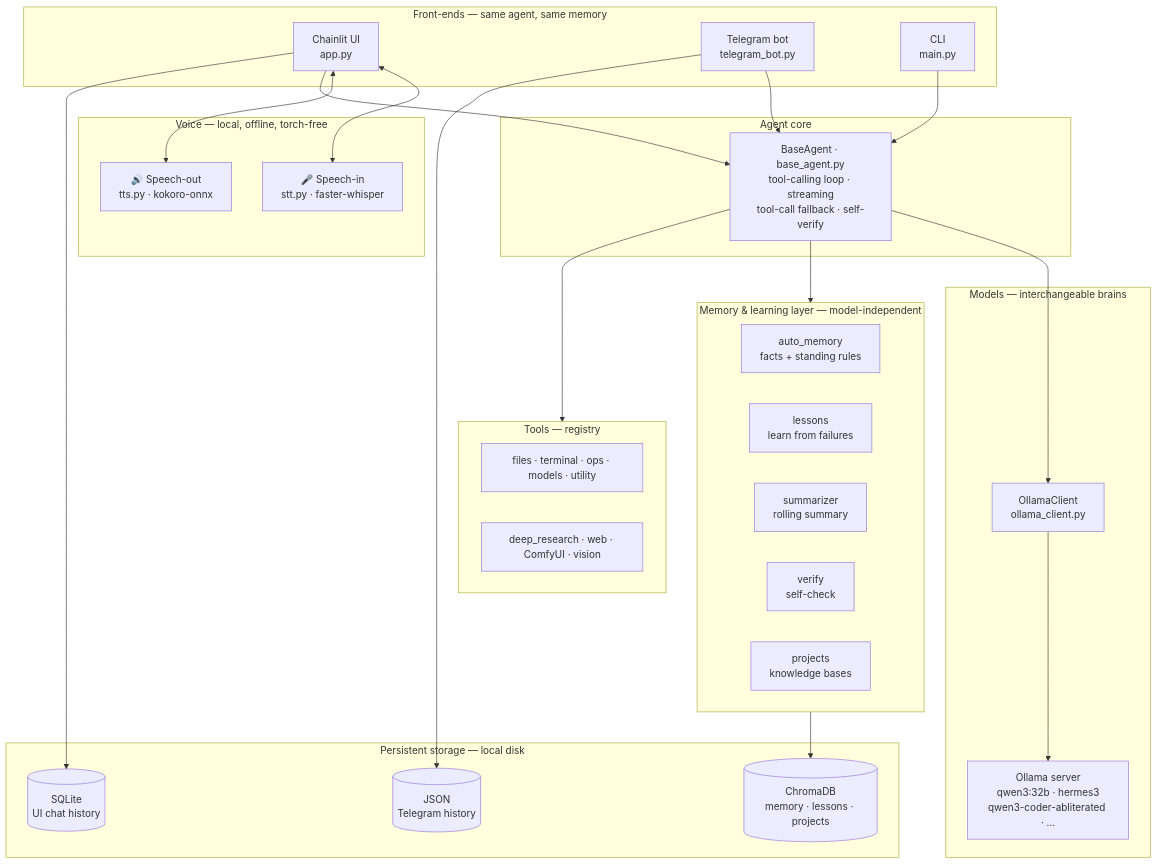
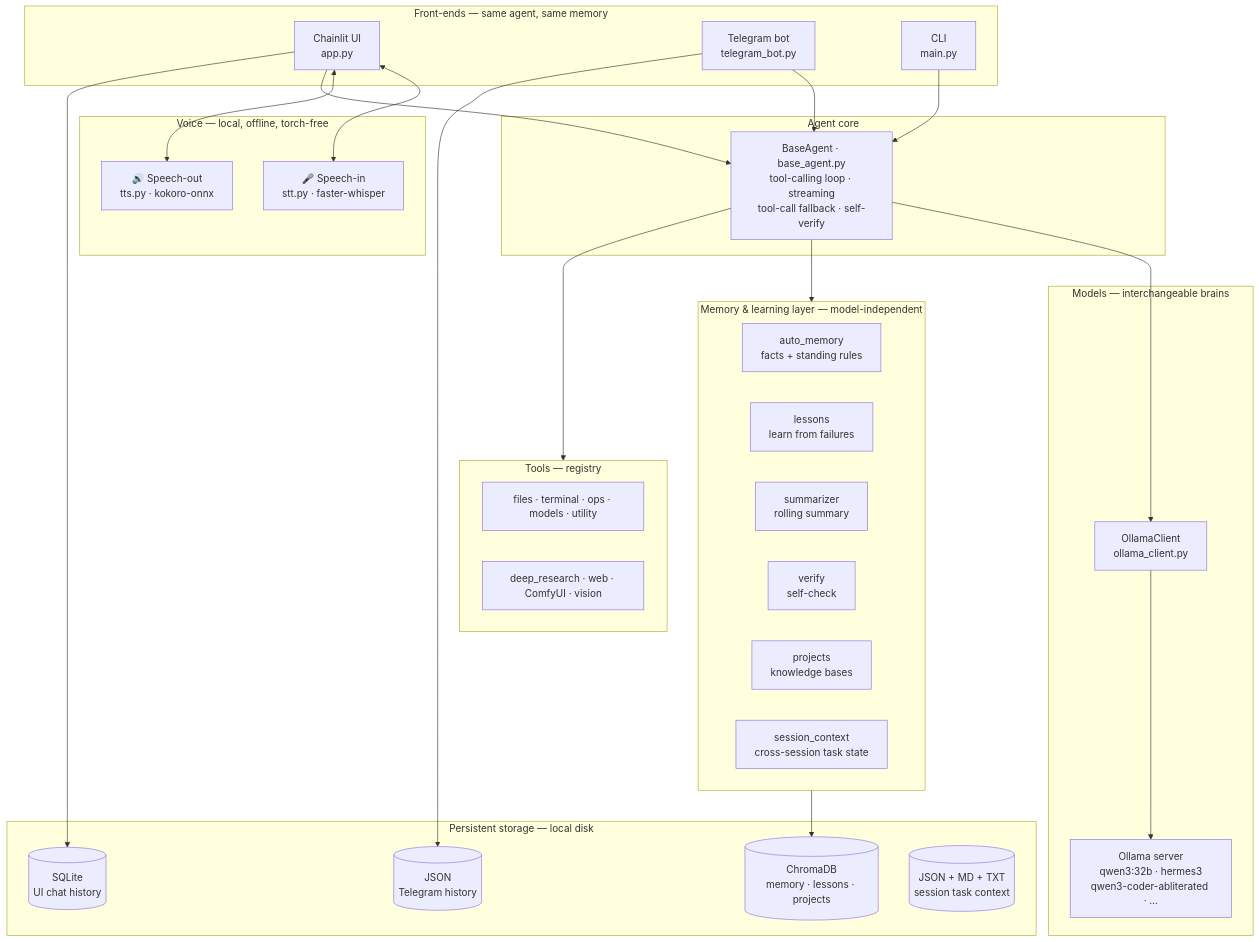
Before and after one commit to shkomig/Zero_agent_2026: the first of 3 diagrams in ARCHITECTURE.md, drawn with Mermaid. The commit also changed other lines of this file and 41 other files, not shown here.

````diff
--- a/ARCHITECTURE.md
+++ b/ARCHITECTURE.md
@@ -15,55 +15,57 @@
 ```mermaid
 flowchart TB
     subgraph FE["Front-ends — same agent, same memory"]
         UI["Chainlit UI<br/>app.py"]
         TG["Telegram bot<br/>telegram_bot.py"]
         CLI["CLI<br/>main.py"]
     end
 
     subgraph VOICE["Voice — local, offline, torch-free"]
         STT["🎤 Speech-in<br/>stt.py · faster-whisper"]
         TTS["🔊 Speech-out<br/>tts.py · kokoro-onnx"]
     end
 
     subgraph CORE["Agent core"]
         AGENT["BaseAgent · base_agent.py<br/>tool-calling loop · streaming<br/>tool-call fallback · self-verify"]
     end
 
     subgraph WRAP["Memory & learning layer — model-independent"]
         MEM["auto_memory<br/>facts + standing rules"]
         LES["lessons<br/>learn from failures"]
         SUM["summarizer<br/>rolling summary"]
         VER["verify<br/>self-check"]
         PROJ["projects<br/>knowledge bases"]
+        SES["session_context<br/>cross-session task state"]
     end
 
     subgraph MODELS["Models — interchangeable brains"]
         OLL["OllamaClient<br/>ollama_client.py"]
         SRV["Ollama server<br/>qwen3:32b · hermes3<br/>qwen3-coder-abliterated · …"]
     end
 
     subgraph TOOLS["Tools — registry"]
         T1["files · terminal · ops · models · utility"]
         T2["deep_research · web · ComfyUI · vision"]
     end
 
     subgraph STORE["Persistent storage — local disk"]
         CHROMA[("ChromaDB<br/>memory · lessons · projects")]
         SQLITE[("SQLite<br/>UI chat history")]
         TGJSON[("JSON<br/>Telegram history")]
+        SESJSON[("JSON + MD + TXT<br/>session task context")]
     end
 
     UI <--> STT
     UI <--> TTS
     UI --> AGENT
     TG --> AGENT
     CLI --> AGENT
 
     AGENT --> WRAP
     AGENT --> OLL --> SRV
     AGENT --> TOOLS
 
     WRAP --> CHROMA
     UI --> SQLITE
     TG --> TGJSON
 ```
````
